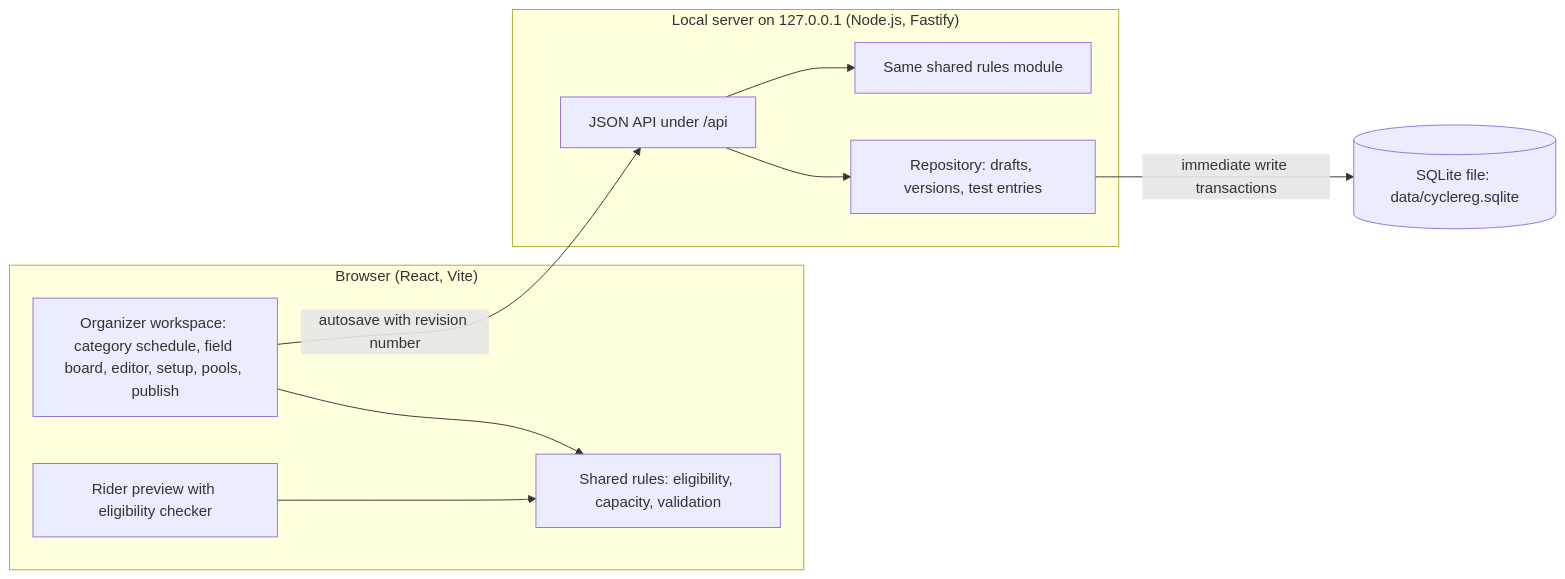
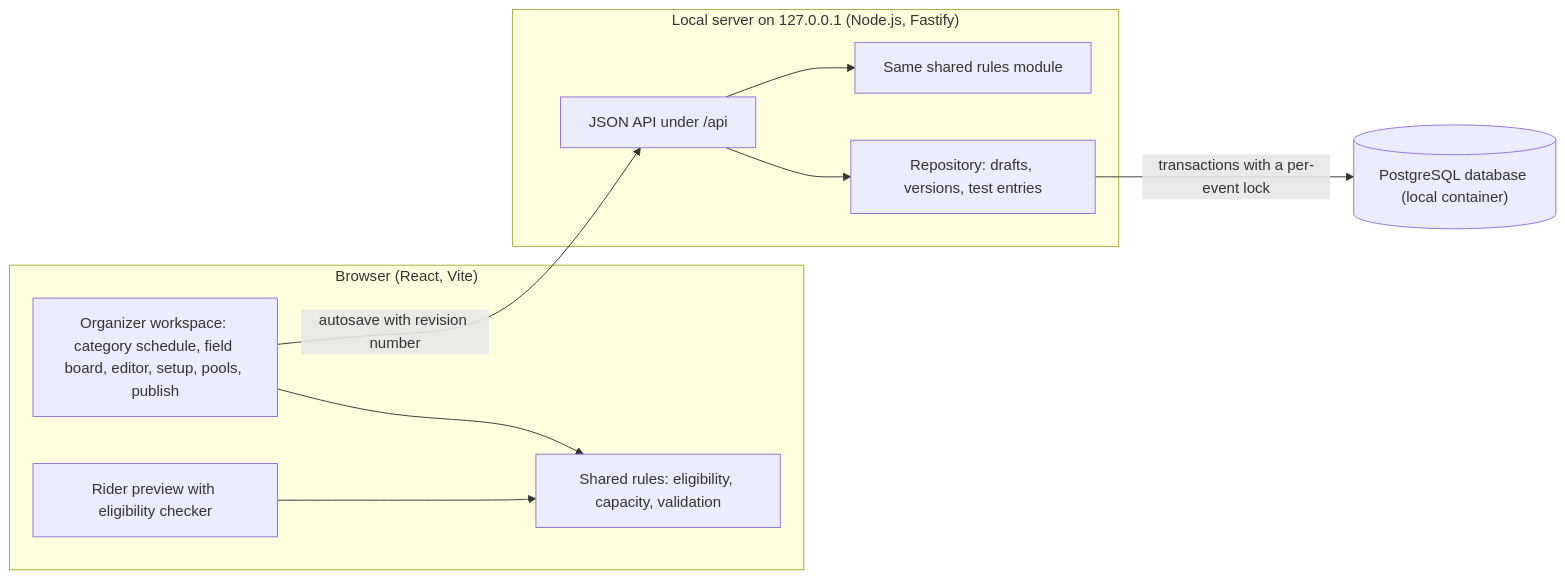
Before and after one commit to kchan1028/event-registration: the first of 2 diagrams in docs/architecture.md, drawn with Mermaid. The commit also changed other lines of this file and 46 other files, not shown here.

First line of the commit message:
feat: move persistence from SQLite to PostgreSQL (ADR 0004) (#55)

````diff
--- a/docs/architecture.md
+++ b/docs/architecture.md
@@ -9,20 +9,20 @@
 ```mermaid
 flowchart LR
     subgraph Browser["Browser (React, Vite)"]
         UI["Organizer workspace: category schedule, field board, editor, setup, pools, publish"]
         PV["Rider preview with eligibility checker"]
         SH1["Shared rules: eligibility, capacity, validation"]
     end
     subgraph Server["Local server on 127.0.0.1 (Node.js, Fastify)"]
         API["JSON API under /api"]
         SH2["Same shared rules module"]
         REPO["Repository: drafts, versions, test entries"]
     end
-    DB[("SQLite file: data/cyclereg.sqlite")]
+    DB[("PostgreSQL database (local container)")]
     UI -->|"autosave with revision number"| API
     PV --> SH1
     UI --> SH1
     API --> SH2
     API --> REPO
-    REPO -->|"immediate write transactions"| DB
+    REPO -->|"transactions with a per-event lock"| DB
 ```
````
